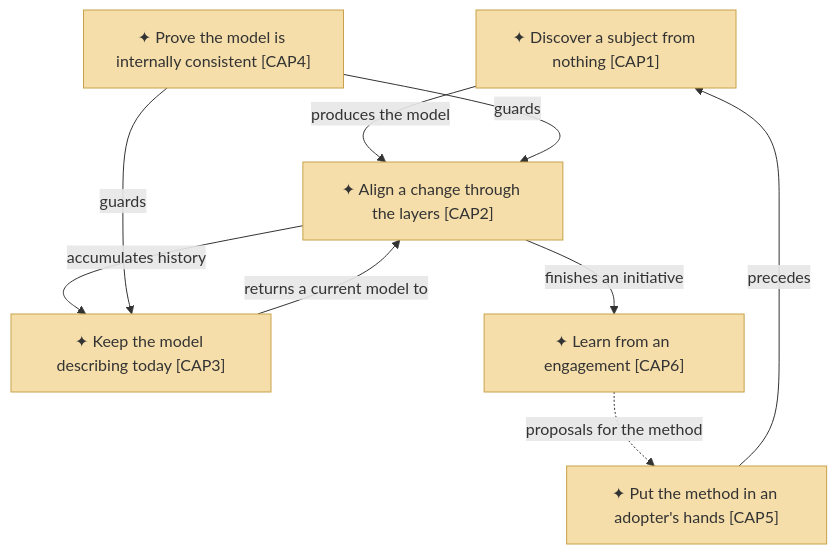
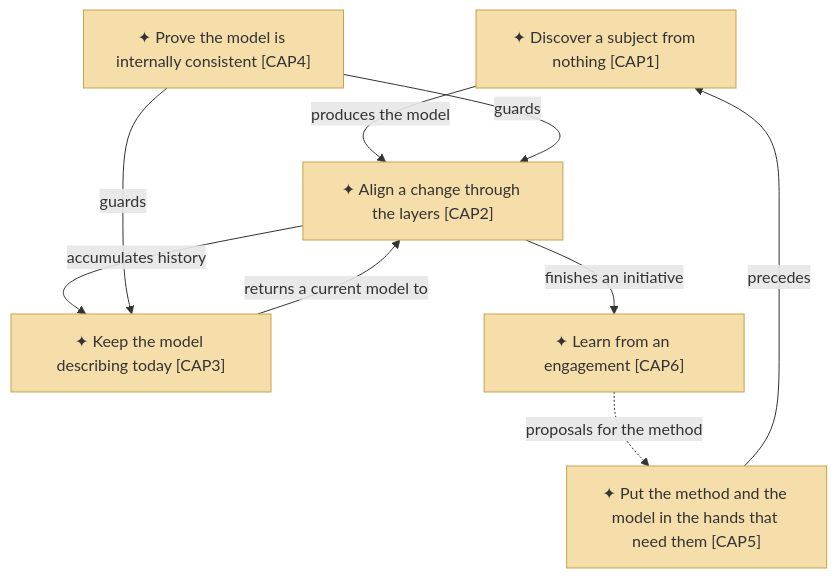
Before and after one commit to roanboc/architecture-archreator: the second of 3 diagrams in product-archreator/architecture/1_strategy/2_capabilities-and-resources.md, drawn with Mermaid. The commit also changed other lines of this file and 9 other files, not shown here.

First line of the commit message:
docs: the model describes a method that can publish a model

````diff
--- a/product-archreator/architecture/1_strategy/2_capabilities-and-resources.md
+++ b/product-archreator/architecture/1_strategy/2_capabilities-and-resources.md
@@ -41,20 +41,20 @@
 ```mermaid
 flowchart TB
   cap1["✦ Discover a subject from nothing [CAP1]"]:::capability
   cap2["✦ Align a change through the layers [CAP2]"]:::capability
   cap3["✦ Keep the model describing today [CAP3]"]:::capability
   cap4["✦ Prove the model is internally consistent [CAP4]"]:::capability
-  cap5["✦ Put the method in an adopter's hands [CAP5]"]:::capability
+  cap5["✦ Put the method and the model in the hands that need them [CAP5]"]:::capability
   cap6["✦ Learn from an engagement [CAP6]"]:::capability
 
   cap5 -->|precedes| cap1
   cap1 -->|produces the model| cap2
   cap2 -->|accumulates history| cap3
   cap3 -->|returns a current model to| cap2
   cap4 -->|guards| cap2
   cap4 -->|guards| cap3
   cap2 -->|finishes an initiative| cap6
   cap6 -.->|proposals for the method| cap5
 
   classDef capability fill:#f5deaa,stroke:#c8a24a,color:#333
 ```
````
